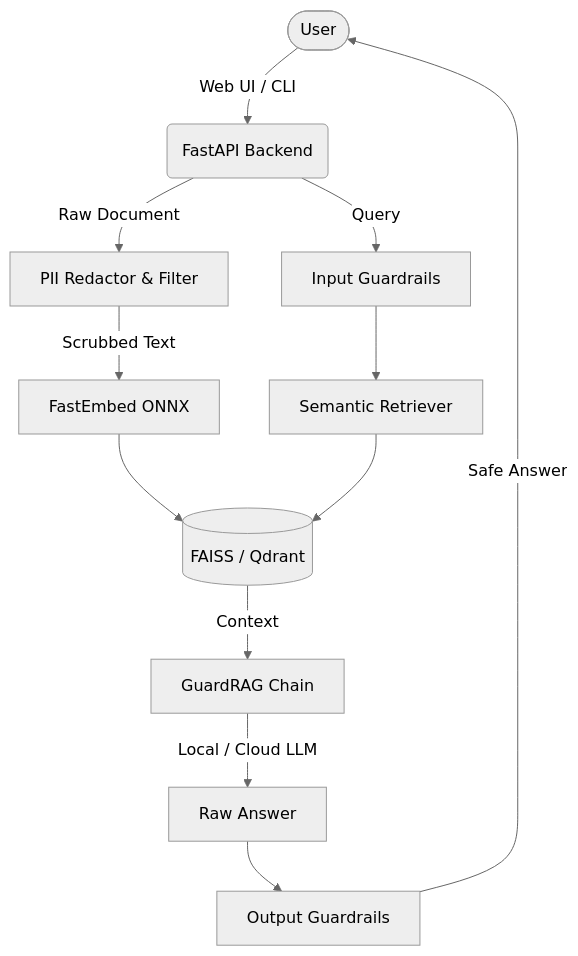
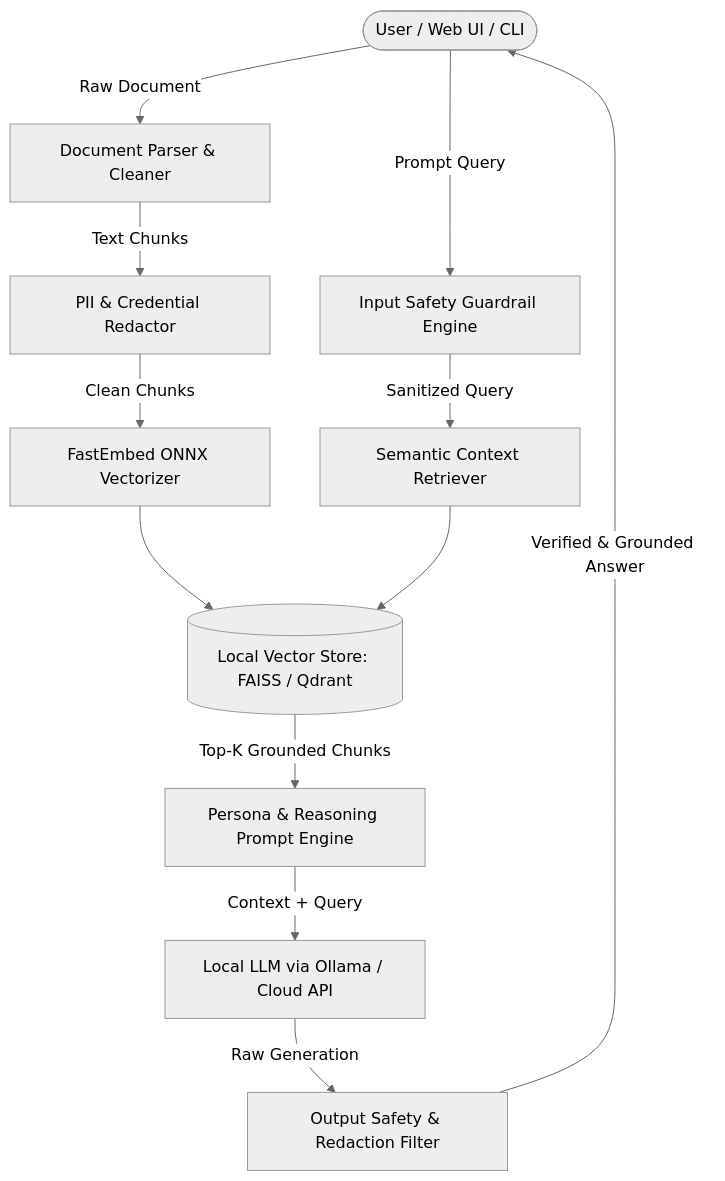
The diagram in README.md (sowmiyan-s/GUARD-RAG), drawn with Mermaid (neutral theme) before and after one commit. The commit also changed other lines of this file and 16 other files, not shown here.

Commit message:
feat: implement session sharing API with Ollama integration and frontend controls

````diff
--- a/README.md
+++ b/README.md
@@ -42,14 +47,15 @@
 ```mermaid
 graph TD
-    User([User]) -->|Web UI / CLI| API(FastAPI Backend)
-    API -->|Raw Document| PII[PII Redactor & Filter]
-    PII -->|Scrubbed Text| Embed[FastEmbed ONNX]
-    Embed --> VectorDB[(FAISS / Qdrant)]
-    API -->|Query| SafetyInput[Input Guardrails]
-    SafetyInput --> Retriever[Semantic Retriever]
+    User([User / Web UI / CLI]) -->|Raw Document| Ingest[Document Parser & Cleaner]
+    Ingest -->|Text Chunks| PIIRedactor[PII & Credential Redactor]
+    PIIRedactor -->|Clean Chunks| Embedder[FastEmbed ONNX Vectorizer]
+    Embedder --> VectorDB[(Local Vector Store: FAISS / Qdrant)]
+    
+    User -->|Prompt Query| InputGuard[Input Safety Guardrail Engine]
+    InputGuard -->|Sanitized Query| Retriever[Semantic Context Retriever]
     Retriever --> VectorDB
-    VectorDB -->|Context| RAG[GuardRAG Chain]
-    RAG -->|Local / Cloud LLM| Response[Raw Answer]
-    Response --> SafetyOutput[Output Guardrails]
-    SafetyOutput -->|Safe Answer| User
+    VectorDB -->|Top-K Grounded Chunks| PromptEngine[Persona & Reasoning Prompt Engine]
+    PromptEngine -->|Context + Query| LocalLLM[Local LLM via Ollama / Cloud API]
+    LocalLLM -->|Raw Generation| OutputGuard[Output Safety & Redaction Filter]
+    OutputGuard -->|Verified & Grounded Answer| User
 ```
````
